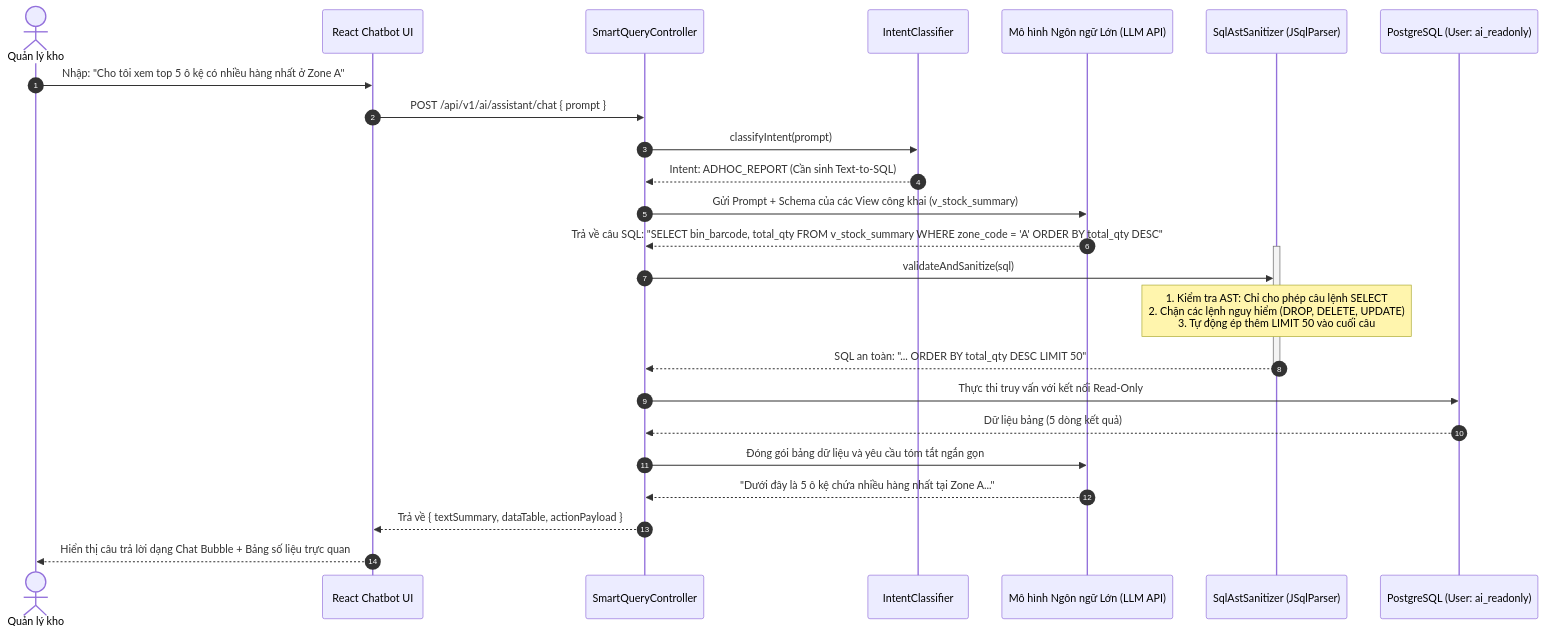
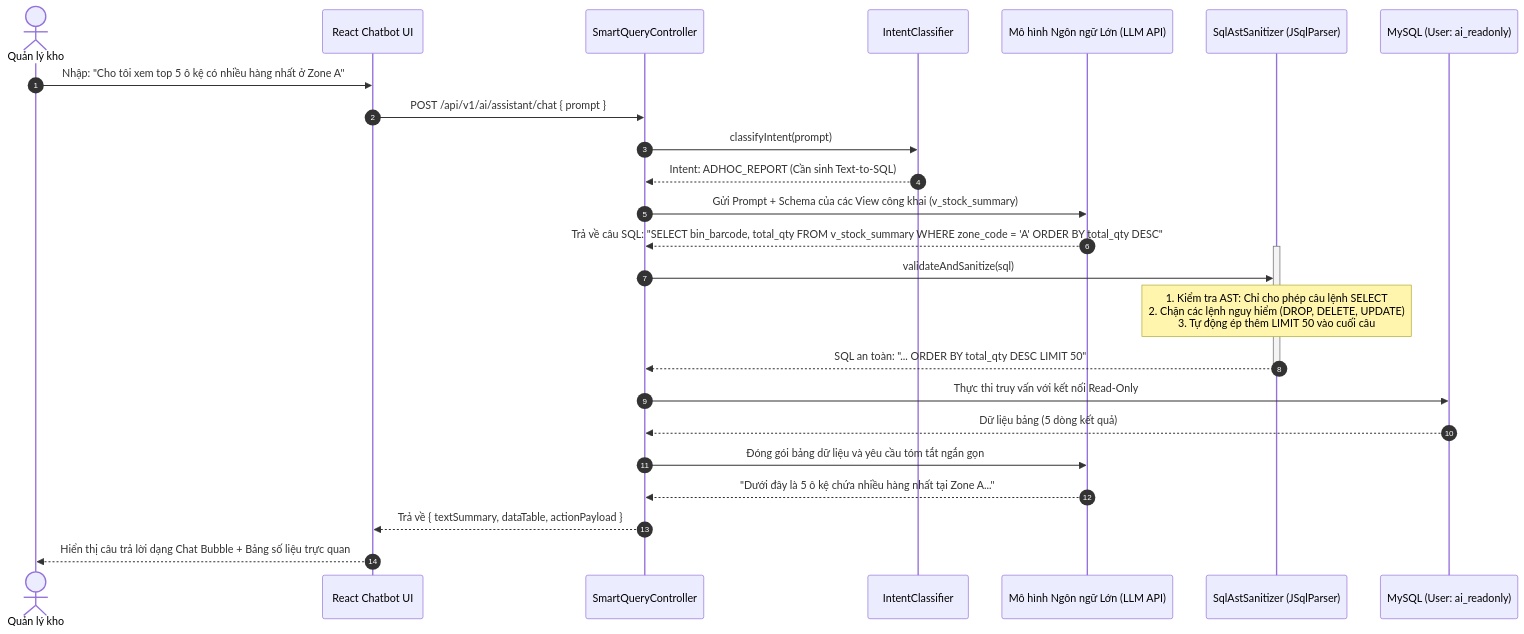
One commit to chien261025/HKDN changed the fourth of 4 diagrams in SMART_WMS_ARCHITECTURE.md. Above: the diagram before and after it, drawn with Mermaid. The commit also changed other lines of this file and 8 other files, not shown here.

Commit message:
docs(readme): modernize enterprise showcase documentation with badges, architecture and business workflows

````diff
--- a/SMART_WMS_ARCHITECTURE.md
+++ b/SMART_WMS_ARCHITECTURE.md
@@ -582,33 +584,33 @@
 ```mermaid
 sequenceDiagram
     autonumber
     actor Mgr as Quản lý kho
     participant FE as React Chatbot UI
     participant Ctrl as SmartQueryController
     participant Router as IntentClassifier
     participant LLM as Mô hình Ngôn ngữ Lớn (LLM API)
     participant Sanitizer as SqlAstSanitizer (JSqlParser)
-    participant ReadOnlyDB as PostgreSQL (User: ai_readonly)
+    participant ReadOnlyDB as MySQL (User: ai_readonly)
 
     Mgr->>FE: Nhập: "Cho tôi xem top 5 ô kệ có nhiều hàng nhất ở Zone A"
     FE->>Ctrl: POST /api/v1/ai/assistant/chat { prompt }
     Ctrl->>Router: classifyIntent(prompt)
     Router-->>Ctrl: Intent: ADHOC_REPORT (Cần sinh Text-to-SQL)
     
     Ctrl->>LLM: Gửi Prompt + Schema của các View công khai (v_stock_summary)
     LLM-->>Ctrl: Trả về câu SQL: "SELECT bin_barcode, total_qty FROM v_stock_summary WHERE zone_code = 'A' ORDER BY total_qty DESC"
     
     activate Sanitizer
     Ctrl->>Sanitizer: validateAndSanitize(sql)
     Note over Sanitizer: 1. Kiểm tra AST: Chỉ cho phép câu lệnh SELECT<br/>2. Chặn các lệnh nguy hiểm (DROP, DELETE, UPDATE)<br/>3. Tự động ép thêm LIMIT 50 vào cuối câu
     Sanitizer-->>Ctrl: SQL an toàn: "... ORDER BY total_qty DESC LIMIT 50"
     deactivate Sanitizer
 
     Ctrl->>ReadOnlyDB: Thực thi truy vấn với kết nối Read-Only
     ReadOnlyDB-->>Ctrl: Dữ liệu bảng (5 dòng kết quả)
     
     Ctrl->>LLM: Đóng gói bảng dữ liệu và yêu cầu tóm tắt ngắn gọn
     LLM-->>Ctrl: "Dưới đây là 5 ô kệ chứa nhiều hàng nhất tại Zone A..."
     Ctrl-->>FE: Trả về { textSummary, dataTable, actionPayload }
     FE-->>Mgr: Hiển thị câu trả lời dạng Chat Bubble + Bảng số liệu trực quan
 ```
````
